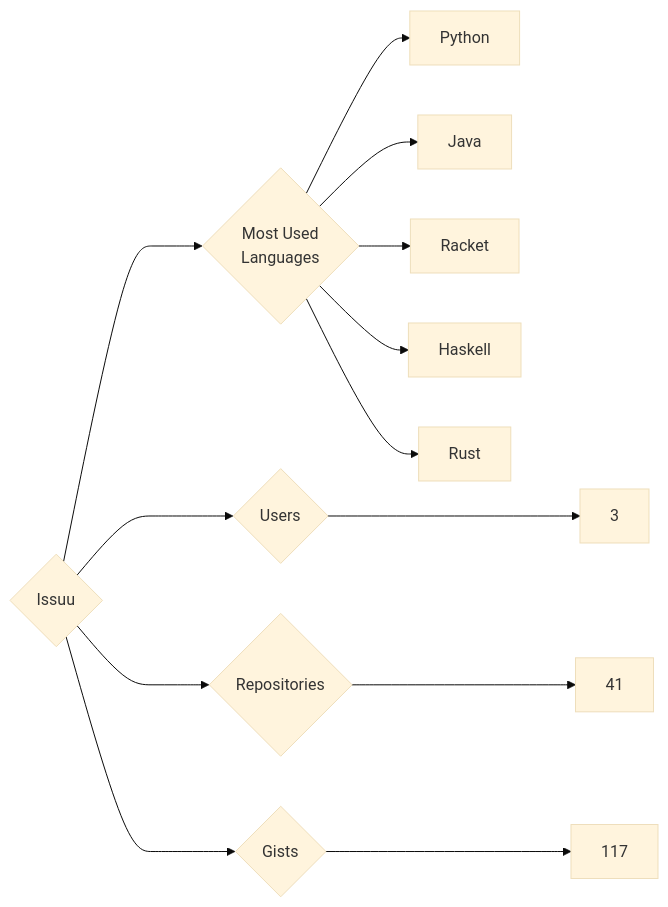
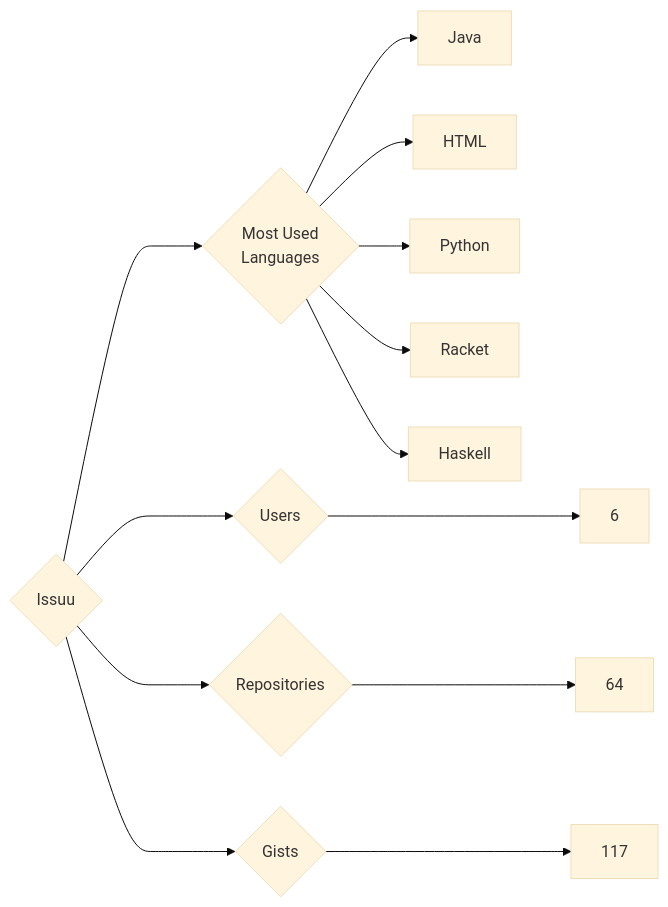
The diagram in targets/Issuu/README.md (trickest/insiders), drawn with Mermaid (base theme) before and after one commit. The commit also changed 553 other files, not shown here.

````diff
--- a/targets/Issuu/README.md
+++ b/targets/Issuu/README.md
@@ -3,13 +3,13 @@
 ```mermaid
 graph LR
 COMPANY_NAME{Issuu}
-COMPANY_NAME ---> U{Users} ---> UN[3]
-COMPANY_NAME ---> R{Repositories} ---> RN[41]
+COMPANY_NAME ---> U{Users} ---> UN[6]
+COMPANY_NAME ---> R{Repositories} ---> RN[64]
 COMPANY_NAME ---> G{Gists} ---> GN[117]
 COMPANY_NAME ---> ML{Most Used<br>Languages}
+ML --> Java[Java]
+ML --> HTML[HTML]
 ML --> Python[Python]
-ML --> Java[Java]
 ML --> Racket[Racket]
 ML --> Haskell[Haskell]
-ML --> Rust[Rust]
 ```
````
